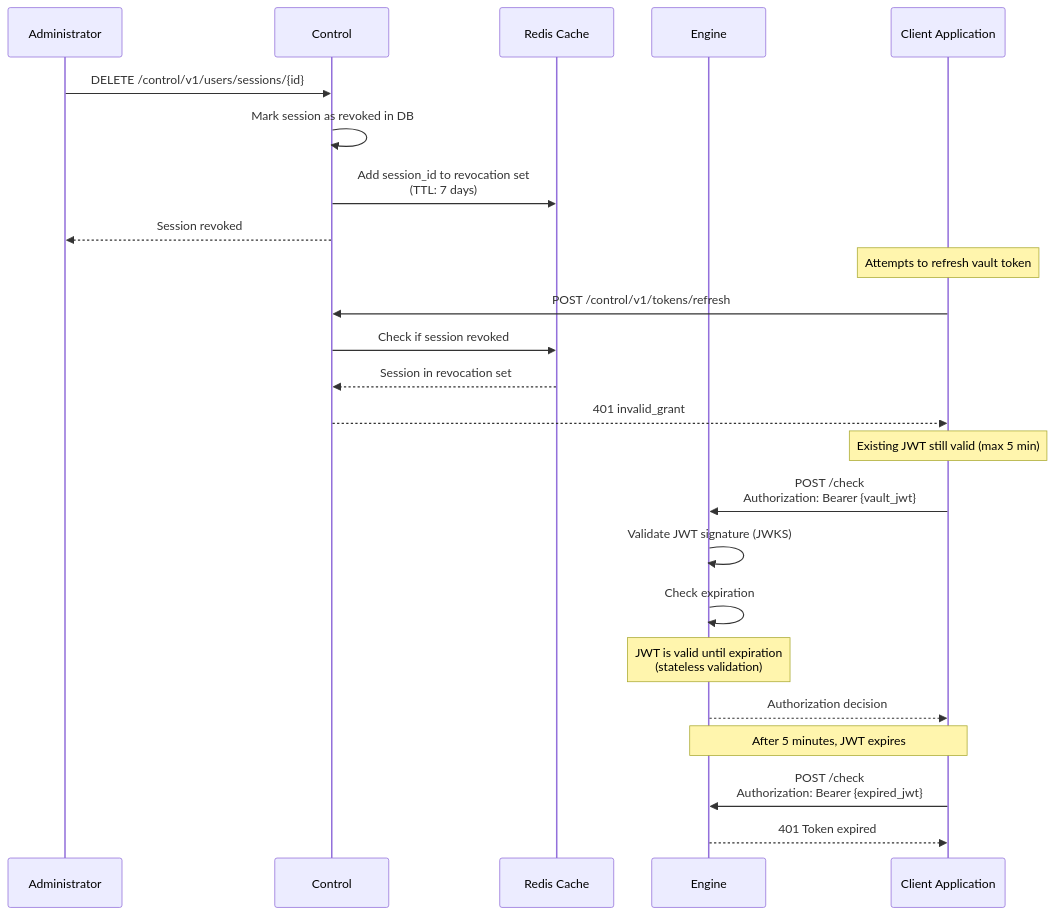
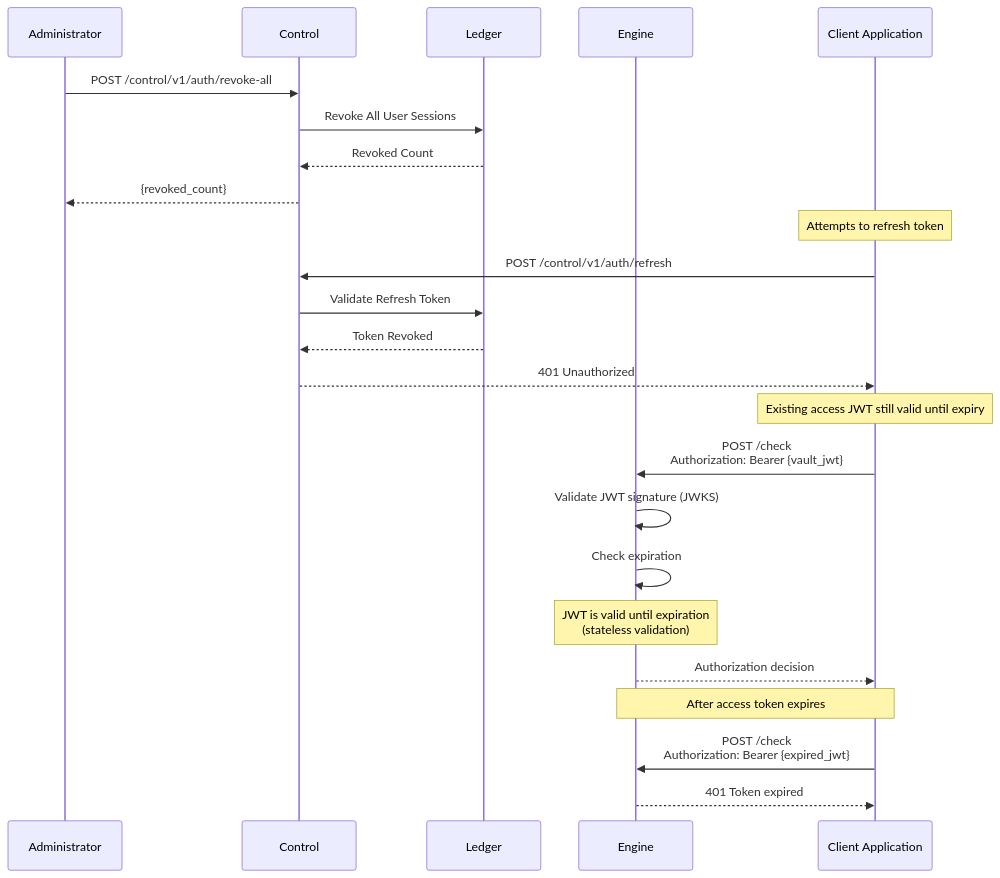
One commit to inferadb/control changed the seventh of 8 diagrams in docs/authentication.md. Above: the diagram before and after it, drawn with Mermaid. The commit also changed other lines of this file and 46 other files, not shown here.

````diff
--- a/docs/authentication.md
+++ b/docs/authentication.md
@@ -1070,33 +1040,33 @@
 ```mermaid
 sequenceDiagram
     participant Admin as Administrator
     participant MgmtAPI as Control
-    participant Redis as Redis Cache
+    participant DB as Ledger
     participant ServerAPI as Engine
     participant Client as Client Application
 
-    Admin->>MgmtAPI: DELETE /control/v1/users/sessions/{id}
-    MgmtAPI->>MgmtAPI: Mark session as revoked in DB
-    MgmtAPI->>Redis: Add session_id to revocation set<br/>(TTL: 7 days)
-    MgmtAPI-->>Admin: Session revoked
+    Admin->>MgmtAPI: POST /control/v1/auth/revoke-all
+    MgmtAPI->>DB: Revoke All User Sessions
+    DB-->>MgmtAPI: Revoked Count
+    MgmtAPI-->>Admin: {revoked_count}
 
-    Note over Client: Attempts to refresh vault token
+    Note over Client: Attempts to refresh token
 
-    Client->>MgmtAPI: POST /control/v1/tokens/refresh
-    MgmtAPI->>Redis: Check if session revoked
-    Redis-->>MgmtAPI: Session in revocation set
-    MgmtAPI-->>Client: 401 invalid_grant
+    Client->>MgmtAPI: POST /control/v1/auth/refresh
+    MgmtAPI->>DB: Validate Refresh Token
+    DB-->>MgmtAPI: Token Revoked
+    MgmtAPI-->>Client: 401 Unauthorized
 
-    Note over Client: Existing JWT still valid (max 5 min)
+    Note over Client: Existing access JWT still valid until expiry
 
     Client->>ServerAPI: POST /check<br/>Authorization: Bearer {vault_jwt}
     ServerAPI->>ServerAPI: Validate JWT signature (JWKS)
     ServerAPI->>ServerAPI: Check expiration
     Note over ServerAPI: JWT is valid until expiration<br/>(stateless validation)
     ServerAPI-->>Client: Authorization decision
 
-    Note over Client,ServerAPI: After 5 minutes, JWT expires
+    Note over Client,ServerAPI: After access token expires
 
     Client->>ServerAPI: POST /check<br/>Authorization: Bearer {expired_jwt}
     ServerAPI-->>Client: 401 Token expired
 ```
````
